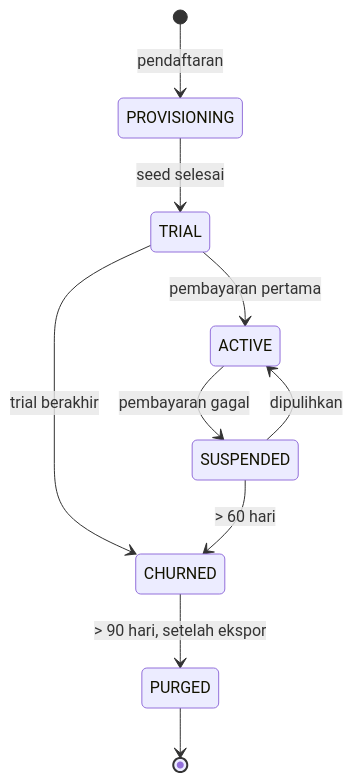
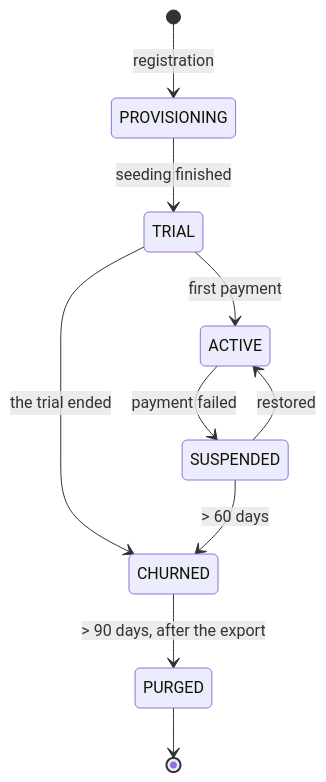
One commit to zed378/hris changed the third of 3 diagrams in PLAN/06-Multitenancy-Auth.md. Above: the diagram before and after it, drawn with Mermaid. The commit also changed other lines of this file and 1 other file, not shown here.

````diff
--- a/PLAN/06-Multitenancy-Auth.md
+++ b/PLAN/06-Multitenancy-Auth.md
@@ -479,12 +479,12 @@
 ```mermaid
 stateDiagram-v2
-    [*] --> PROVISIONING: pendaftaran
-    PROVISIONING --> TRIAL: seed selesai
-    TRIAL --> ACTIVE: pembayaran pertama
-    TRIAL --> CHURNED: trial berakhir
-    ACTIVE --> SUSPENDED: pembayaran gagal
-    SUSPENDED --> ACTIVE: dipulihkan
-    SUSPENDED --> CHURNED: > 60 hari
-    CHURNED --> PURGED: > 90 hari, setelah ekspor
+    [*] --> PROVISIONING: registration
+    PROVISIONING --> TRIAL: seeding finished
+    TRIAL --> ACTIVE: first payment
+    TRIAL --> CHURNED: the trial ended
+    ACTIVE --> SUSPENDED: payment failed
+    SUSPENDED --> ACTIVE: restored
+    SUSPENDED --> CHURNED: > 60 days
+    CHURNED --> PURGED: > 90 days, after the export
     PURGED --> [*]
 ```
````
